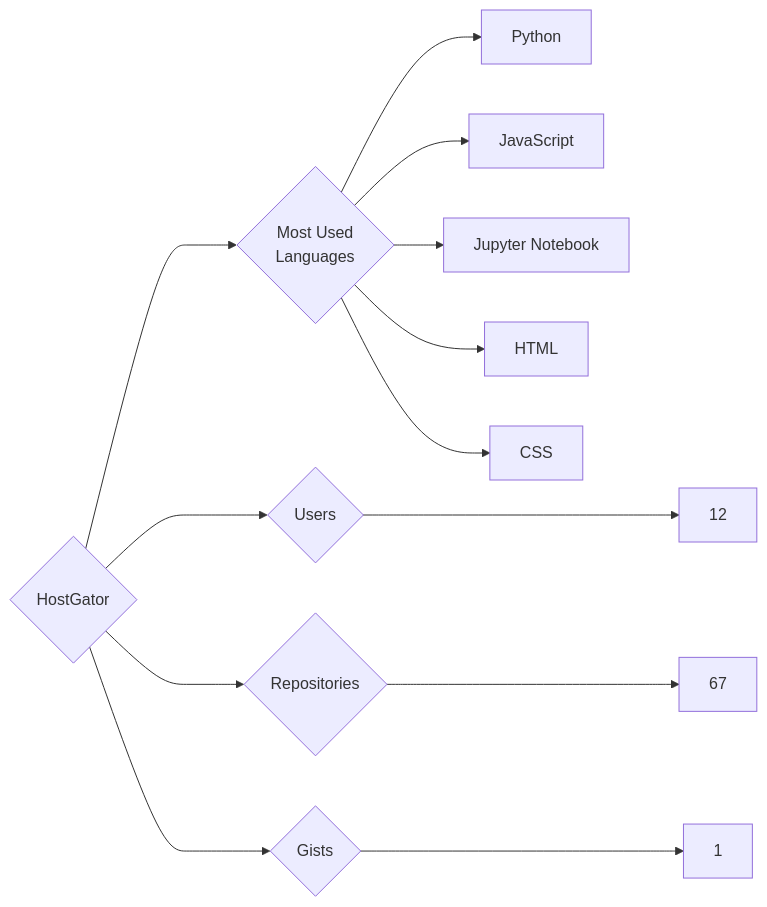
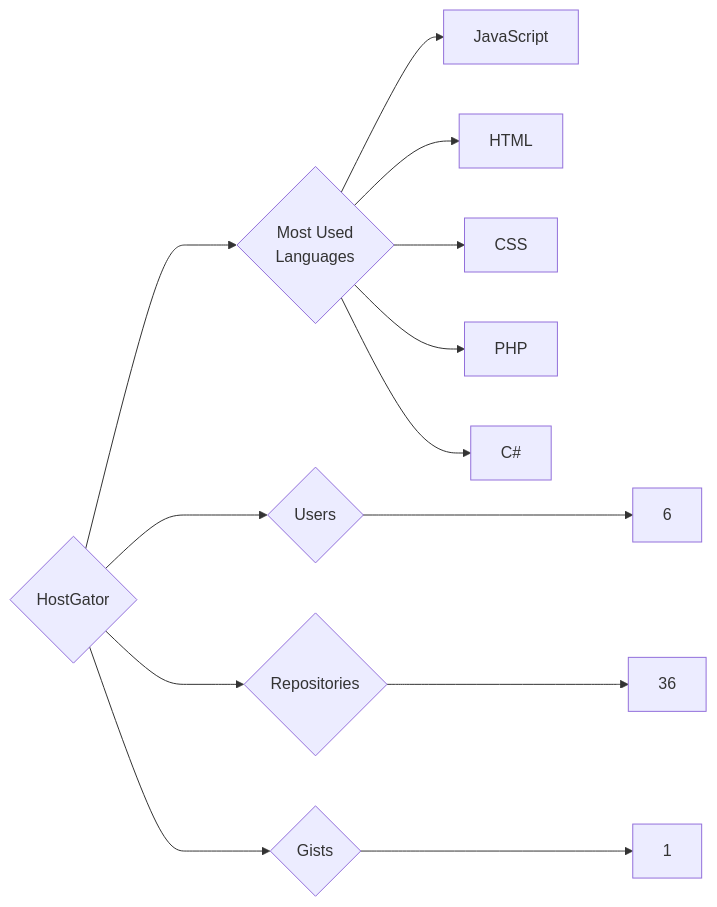
One commit to trickest/insiders changed the diagram in targets/HostGator/README.md. Above: the diagram before and after it, drawn with Mermaid. The commit also changed 1007 other files, not shown here.

````diff
--- a/targets/HostGator/README.md
+++ b/targets/HostGator/README.md
@@ -3,13 +3,13 @@
 ```mermaid
 graph LR
 COMPANY_NAME{HostGator}
-COMPANY_NAME ---> U{Users} ---> UN[12]
-COMPANY_NAME ---> R{Repositories} ---> RN[67]
+COMPANY_NAME ---> U{Users} ---> UN[6]
+COMPANY_NAME ---> R{Repositories} ---> RN[36]
 COMPANY_NAME ---> G{Gists} ---> GN[1]
 COMPANY_NAME ---> ML{Most Used<br>Languages}
-ML --> Python[Python]
 ML --> JavaScript[JavaScript]
-ML --> Jupyter_Notebook[Jupyter Notebook]
 ML --> HTML[HTML]
 ML --> CSS[CSS]
+ML --> PHP[PHP]
+ML --> C#[C#]
 ```
````
